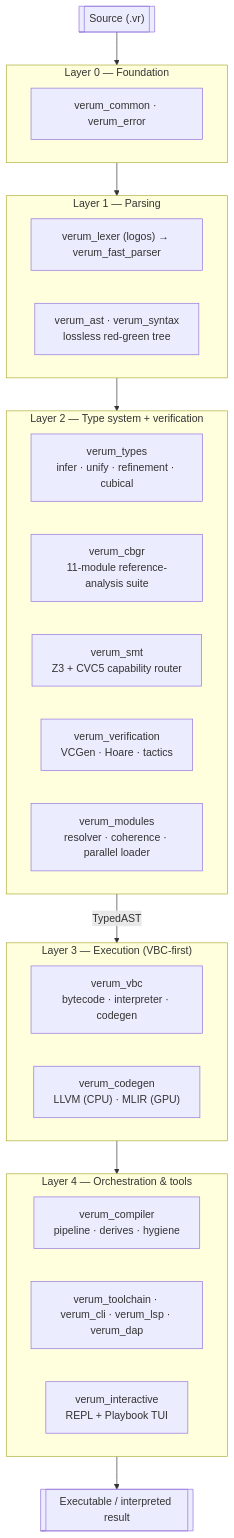
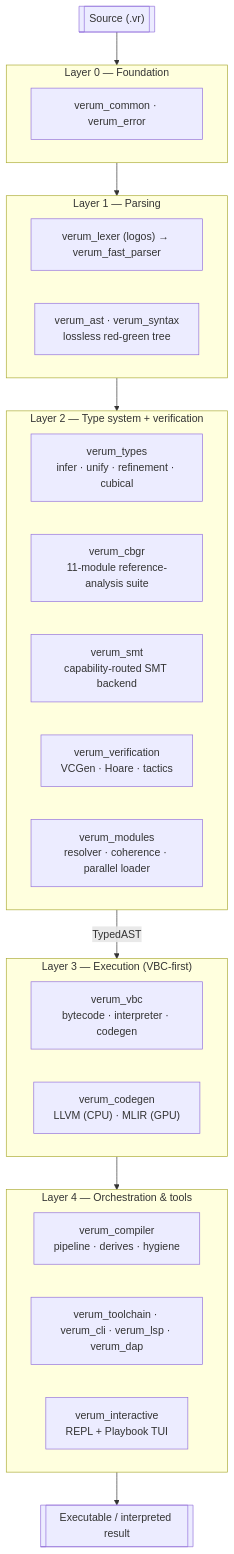
One commit to verum-lang/website changed the first of 3 diagrams in docs/architecture/overview.md. Above: the diagram before and after it, drawn with Mermaid. The commit also changed other lines of this file and 32 other files, not shown here.

````diff
--- a/docs/architecture/overview.md
+++ b/docs/architecture/overview.md
@@ -36,38 +36,38 @@
 ```mermaid
 flowchart TD
     SRC[["Source (.vr)"]]
 
     subgraph L0["Layer 0 — Foundation"]
         L0A[verum_common · verum_error]
     end
 
     subgraph L1["Layer 1 — Parsing"]
         L1A["verum_lexer (logos) → verum_fast_parser"]
         L1B["verum_ast · verum_syntax<br/>lossless red-green tree"]
     end
 
     subgraph L2["Layer 2 — Type system + verification"]
         L2A["verum_types<br/>infer · unify · refinement · cubical"]
         L2B["verum_cbgr<br/>11-module reference-analysis suite"]
-        L2C["verum_smt<br/>Z3 + CVC5 capability router"]
+        L2C["verum_smt<br/>capability-routed SMT backend"]
         L2D["verum_verification<br/>VCGen · Hoare · tactics"]
         L2E["verum_modules<br/>resolver · coherence · parallel loader"]
     end
 
     subgraph L3["Layer 3 — Execution (VBC-first)"]
         L3A["verum_vbc<br/>bytecode · interpreter · codegen"]
         L3B["verum_codegen<br/>LLVM (CPU) · MLIR (GPU)"]
     end
 
     subgraph L4["Layer 4 — Orchestration & tools"]
         L4A["verum_compiler<br/>pipeline · derives · hygiene"]
         L4B["verum_toolchain · verum_cli · verum_lsp · verum_dap"]
         L4C["verum_interactive<br/>REPL + Playbook TUI"]
     end
 
     OUT[["Executable / interpreted result"]]
 
     SRC --> L0 --> L1 --> L2
     L2 -- "TypedAST" --> L3
     L3 --> L4 --> OUT
 ```
````
